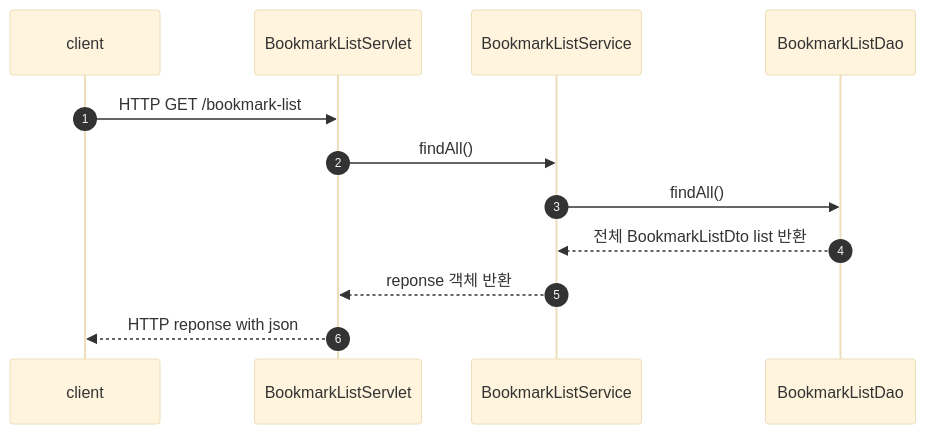
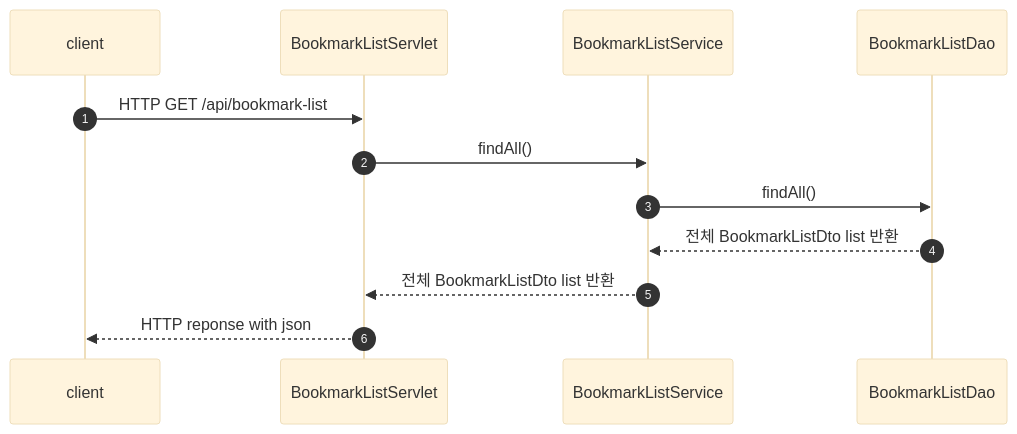
One commit to kimJH47/wifiServer changed diagram 12 of 13 in readme.md. Above: the diagram before and after it, drawn with Mermaid (base theme). The commit also changed other lines of this file, not shown here.

Commit message:
fix: flow chart, api 명세 수정

````diff
--- a/readme.md
+++ b/readme.md
@@ -226,16 +228,16 @@
 ```mermaid
     sequenceDiagram
     autonumber
     participant client
     participant BookmarkListServlet
     participant BookmarkListService
     participant BookmarkListDao
 
-    client->> BookmarkListServlet: HTTP GET /bookmark-list
+    client->> BookmarkListServlet: HTTP GET /api/bookmark-list
     BookmarkListServlet->> BookmarkListService: findAll()
     BookmarkListService->> BookmarkListDao: findAll()
     BookmarkListDao-->>BookmarkListService: 전체 BookmarkListDto list 반환
-    BookmarkListService-->>BookmarkListServlet: reponse 객체 반환
+    BookmarkListService-->>BookmarkListServlet: 전체 BookmarkListDto list 반환
     BookmarkListServlet-->> client : HTTP reponse with json
     
 ```
````
